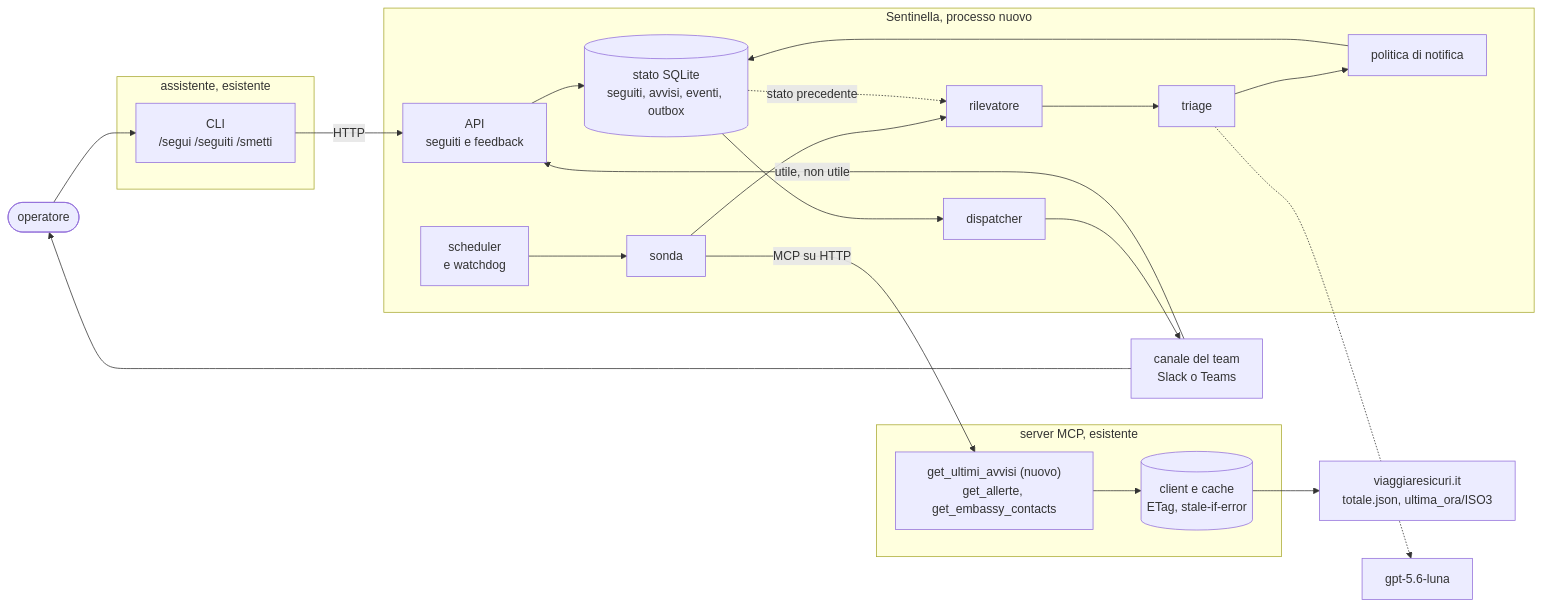
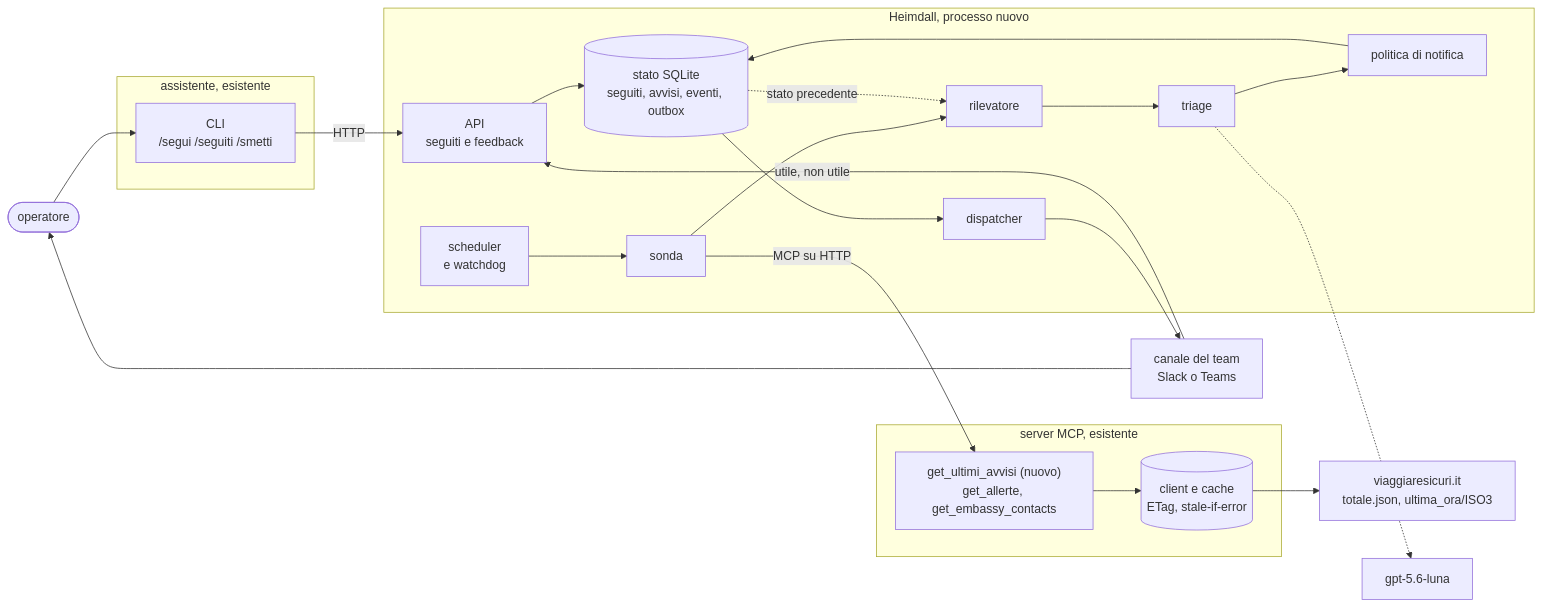
Before and after one commit to lorispalmarin/travelanalyst: the diagram in docs/PROACTIVE_AGENT.md, drawn with Mermaid. The commit also changed other lines of this file, not shown here.

Commit message:
heimdall

````diff
--- a/docs/PROACTIVE_AGENT.md
+++ b/docs/PROACTIVE_AGENT.md
@@ -99,37 +77,37 @@
 ```mermaid
 flowchart LR
     OP(["operatore"])
     CH["canale del team<br/>Slack o Teams"]
     VS["viaggiaresicuri.it<br/>totale.json, ultima_ora/ISO3"]
     LLM["gpt-5.6-luna"]
 
     subgraph G_ASS["assistente, esistente"]
         CLI["CLI<br/>/segui /seguiti /smetti"]
     end
 
     subgraph G_MCP["server MCP, esistente"]
         TOOL["get_ultimi_avvisi (nuovo)<br/>get_allerte, get_embassy_contacts"]
         CACHE[("client e cache<br/>ETag, stale-if-error")]
     end
 
-    subgraph G_SEN["Sentinella, processo nuovo"]
+    subgraph G_SEN["Heimdall, processo nuovo"]
         SCH["scheduler<br/>e watchdog"]
         SON["sonda"]
         RIL["rilevatore"]
         TRI["triage"]
         POL["politica di notifica"]
         DB[("stato SQLite<br/>seguiti, avvisi, eventi, outbox")]
         DIS["dispatcher"]
         API["API<br/>seguiti e feedback"]
     end
 
     SCH --> SON
     SON -->|MCP su HTTP| TOOL
     TOOL --> CACHE --> VS
     SON --> RIL --> TRI --> POL --> DB
     DB -.->|stato precedente| RIL
     TRI -.-> LLM
     DB --> DIS --> CH --> OP
     OP --> CLI -->|HTTP| API --> DB
     CH -->|utile, non utile| API
 ```
````
